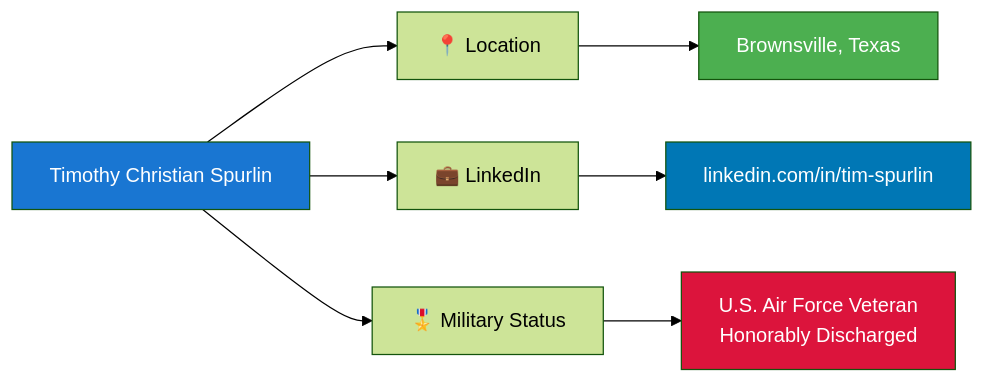
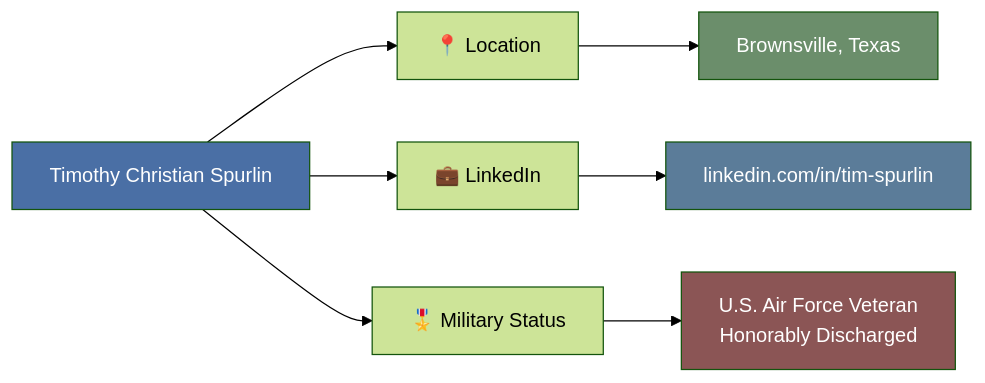
Before and after one commit to Tim-Spurlin/RESUME-of-Timothy-Spurlin: diagram 17 of 24 in README.md, drawn with Mermaid (forest theme). The commit also changed other lines of this file, not shown here.

Commit message:
Replace bright Mermaid diagram colors with muted professional tones

````diff
--- a/README.md
+++ b/README.md
@@ -718,15 +718,15 @@
 ```mermaid
 graph LR
     A[Timothy Christian Spurlin] --> B[📍 Location]
     A --> C[💼 LinkedIn]
     A --> D[🎖️ Military Status]
     
     B --> E[Brownsville, Texas]
     C --> F[linkedin.com/in/tim-spurlin]
     D --> G[U.S. Air Force Veteran<br/>Honorably Discharged]
     
-    style A fill:#1976d2,color:#fff
-    style E fill:#4caf50,color:#fff
-    style F fill:#0077b5,color:#fff
-    style G fill:#dc143c,color:#fff
+    style A fill:#4A6FA5,color:#fff
+    style E fill:#6B8E6B,color:#fff
+    style F fill:#5B7C99,color:#fff
+    style G fill:#8B5555,color:#fff
 ```
````
